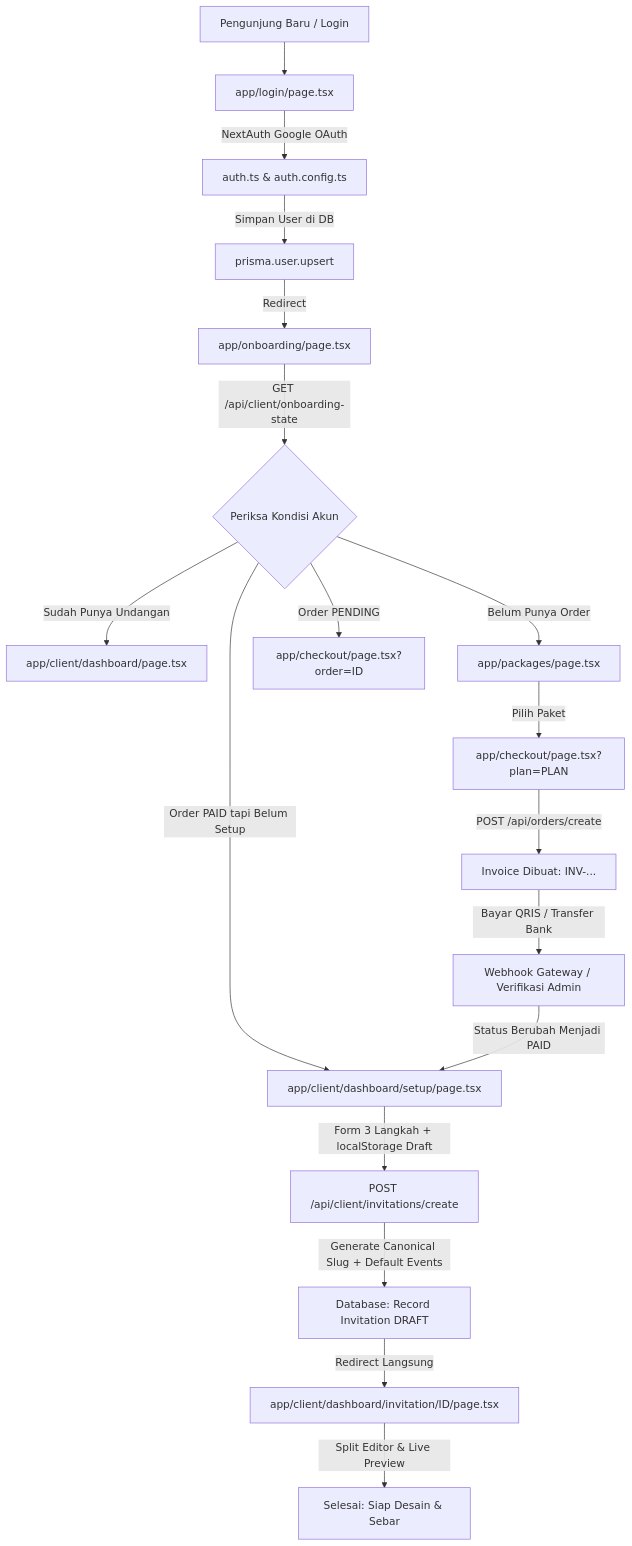
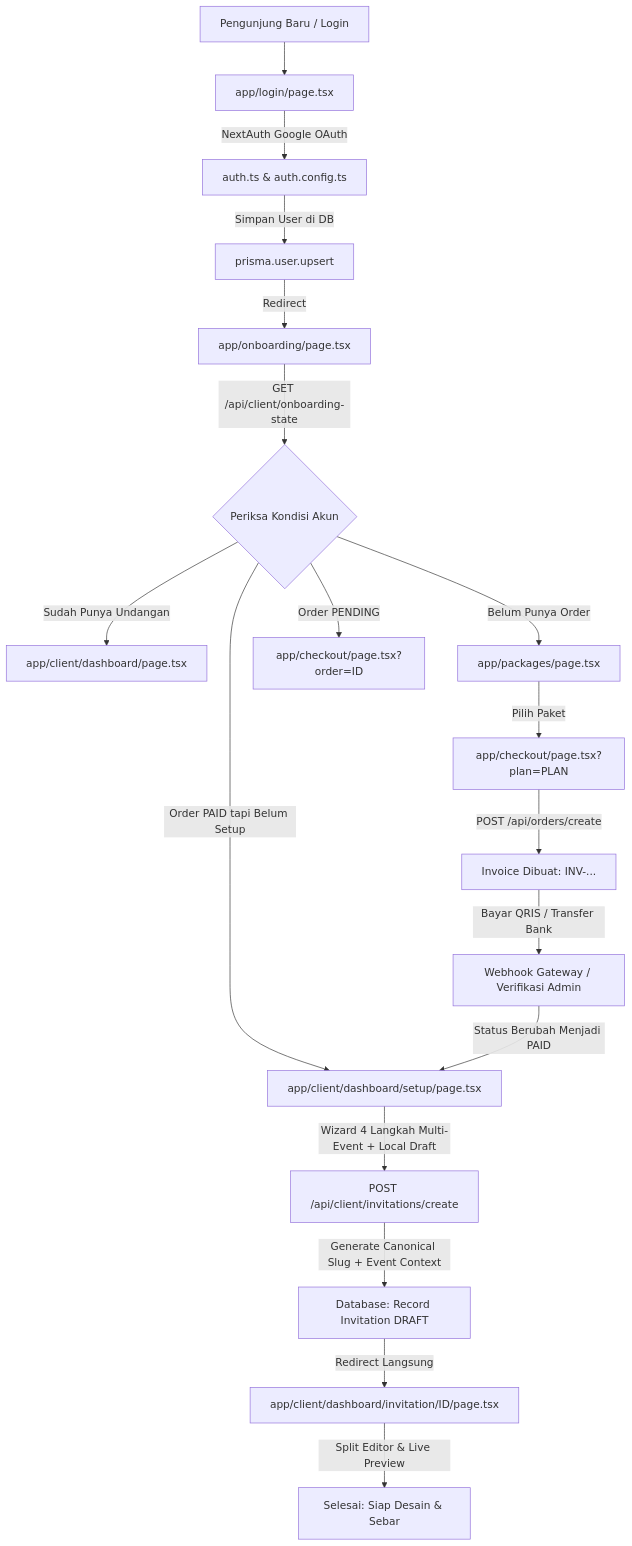
Before and after one commit to armansyam/luxenary-invite: the diagram in docs/ALUR_REGISTRASI_KE_DASHBOARD.md, drawn with Mermaid. The commit also changed other lines of this file and 9 other files, not shown here.

Commit message:
docs: synchronize complete documentation ecosystem with v6.3.2 multi-event architecture and updated QA reports

````diff
--- a/docs/ALUR_REGISTRASI_KE_DASHBOARD.md
+++ b/docs/ALUR_REGISTRASI_KE_DASHBOARD.md
@@ -22,24 +22,24 @@
 ```mermaid
 flowchart TD
     A[Pengunjung Baru / Login] --> B[app/login/page.tsx]
     B -->|NextAuth Google OAuth| C[auth.ts & auth.config.ts]
     C -->|Simpan User di DB| D[prisma.user.upsert]
     D -->|Redirect| E[app/onboarding/page.tsx]
     
     E -->|GET /api/client/onboarding-state| F{Periksa Kondisi Akun}
     
     F -->|Sudah Punya Undangan| G[app/client/dashboard/page.tsx]
     F -->|Belum Punya Order| H[app/packages/page.tsx]
     F -->|Order PENDING| I[app/checkout/page.tsx?order=ID]
     F -->|Order PAID tapi Belum Setup| J[app/client/dashboard/setup/page.tsx]
     
     H -->|Pilih Paket| K[app/checkout/page.tsx?plan=PLAN]
     K -->|POST /api/orders/create| L[Invoice Dibuat: INV-...]
     L -->|Bayar QRIS / Transfer Bank| M[Webhook Gateway / Verifikasi Admin]
     M -->|Status Berubah Menjadi PAID| J
     
-    J -->|Form 3 Langkah + localStorage Draft| N[POST /api/client/invitations/create]
-    N -->|Generate Canonical Slug + Default Events| O[Database: Record Invitation DRAFT]
+    J -->|Wizard 4 Langkah Multi-Event + Local Draft| N[POST /api/client/invitations/create]
+    N -->|Generate Canonical Slug + Event Context| O[Database: Record Invitation DRAFT]
     O -->|Redirect Langsung| P[app/client/dashboard/invitation/ID/page.tsx]
     P -->|Split Editor & Live Preview| Q[Selesai: Siap Desain & Sebar]
 ```
````
